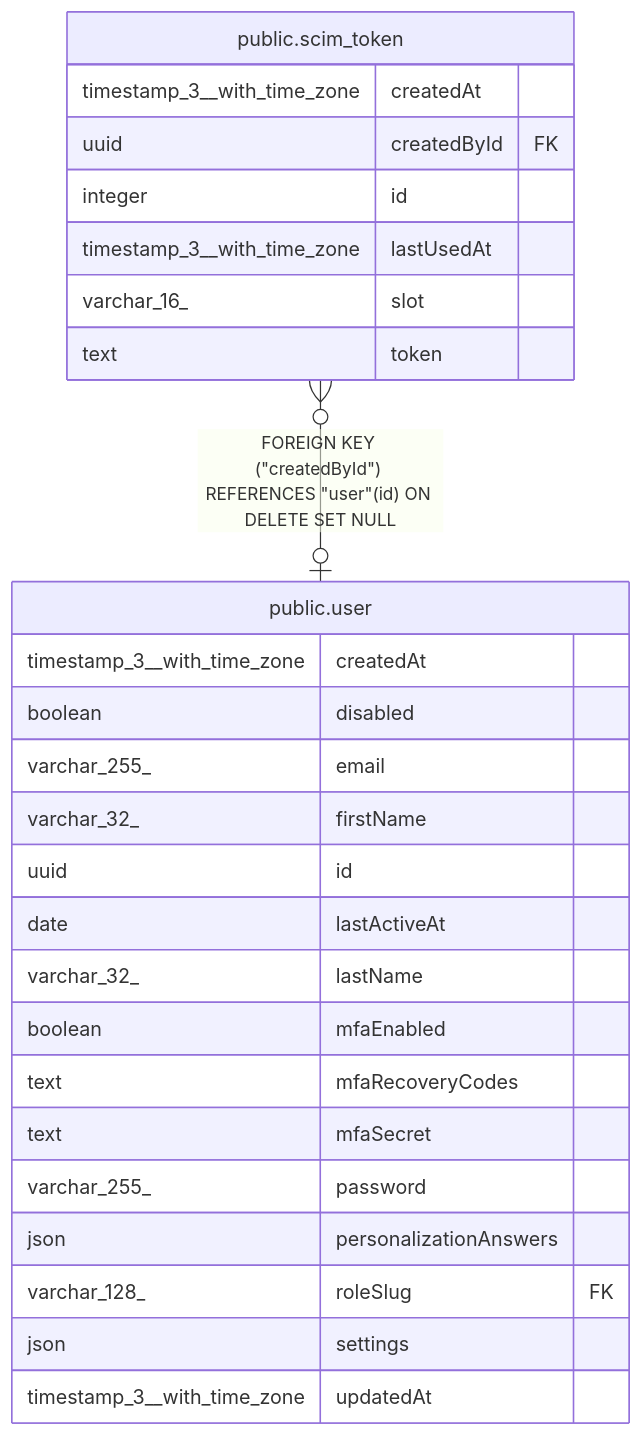
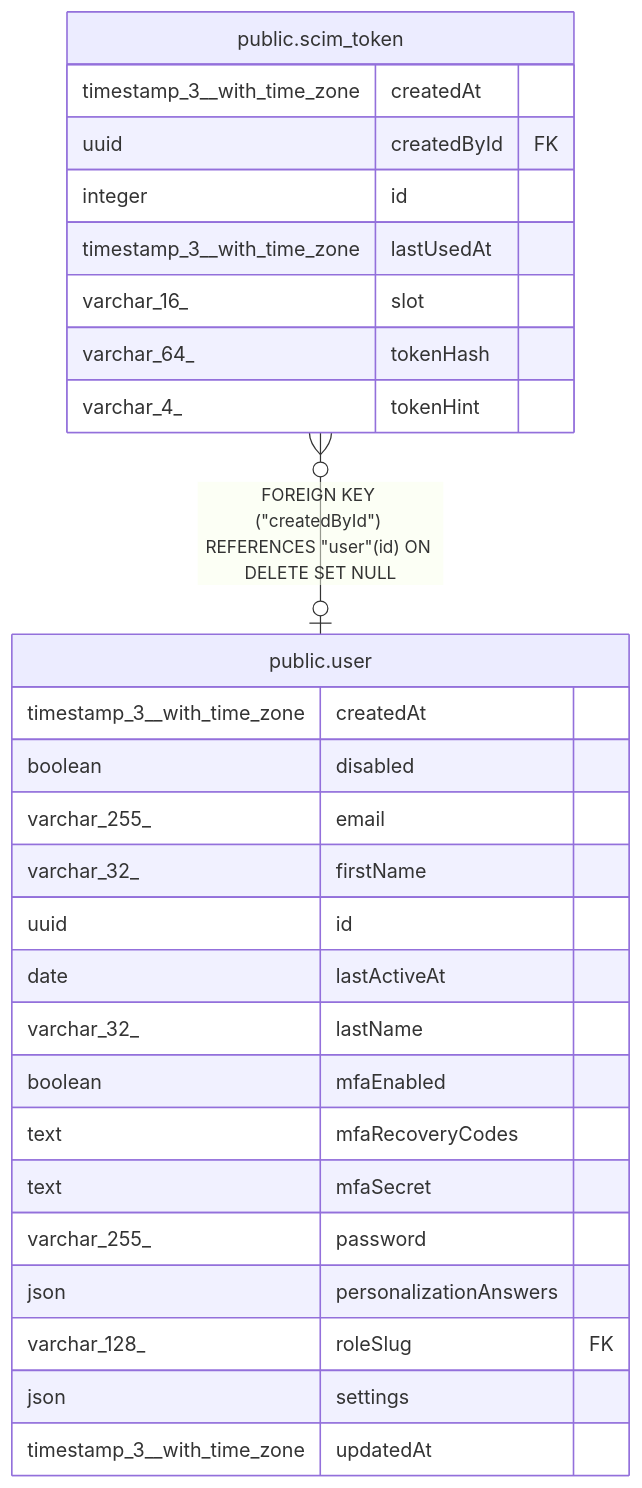
One commit to jalaluddinkhan1/n8n changed the diagram in docs/generated/postgres-schema/public.scim_token.md. Above: the diagram before and after it, drawn with Mermaid. The commit also changed other lines of this file and 15 other files, not shown here.

First line of the commit message:
fix(core): Store only a hash and a hint of the SCIM token (no-changelog)

````diff
--- a/docs/generated/postgres-schema/public.scim_token.md
+++ b/docs/generated/postgres-schema/public.scim_token.md
@@ -35,31 +37,32 @@
 ```mermaid
 erDiagram
 
 "public.scim_token" }o--o| "public.user" : "FOREIGN KEY (#quot;createdById#quot;) REFERENCES #quot;user#quot;(id) ON DELETE SET NULL"
 
 "public.scim_token" {
   timestamp_3__with_time_zone createdAt
   uuid createdById FK
   integer id
   timestamp_3__with_time_zone lastUsedAt
   varchar_16_ slot
-  text token
+  varchar_64_ tokenHash
+  varchar_4_ tokenHint
 }
 "public.user" {
   timestamp_3__with_time_zone createdAt
   boolean disabled
   varchar_255_ email
   varchar_32_ firstName
   uuid id
   date lastActiveAt
   varchar_32_ lastName
   boolean mfaEnabled
   text mfaRecoveryCodes
   text mfaSecret
   varchar_255_ password
   json personalizationAnswers
   varchar_128_ roleSlug FK
   json settings
   timestamp_3__with_time_zone updatedAt
 }
 ```
````
